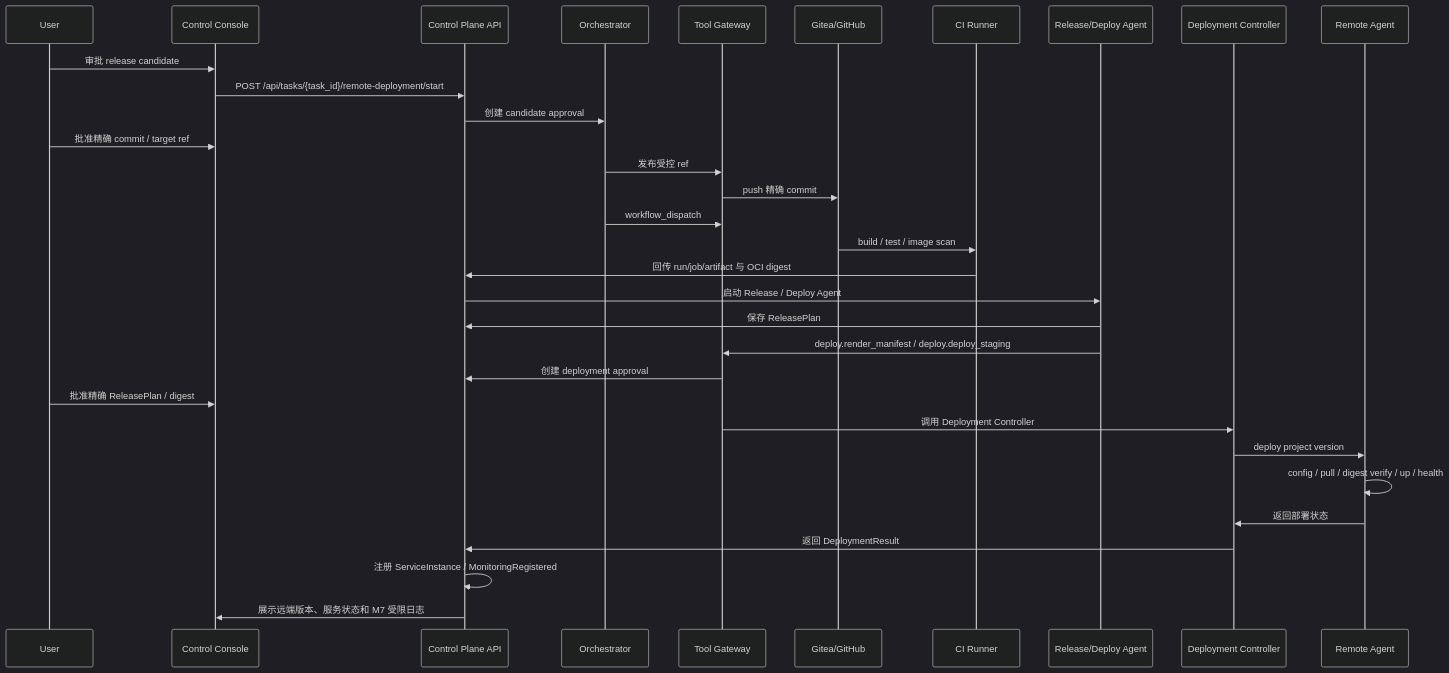
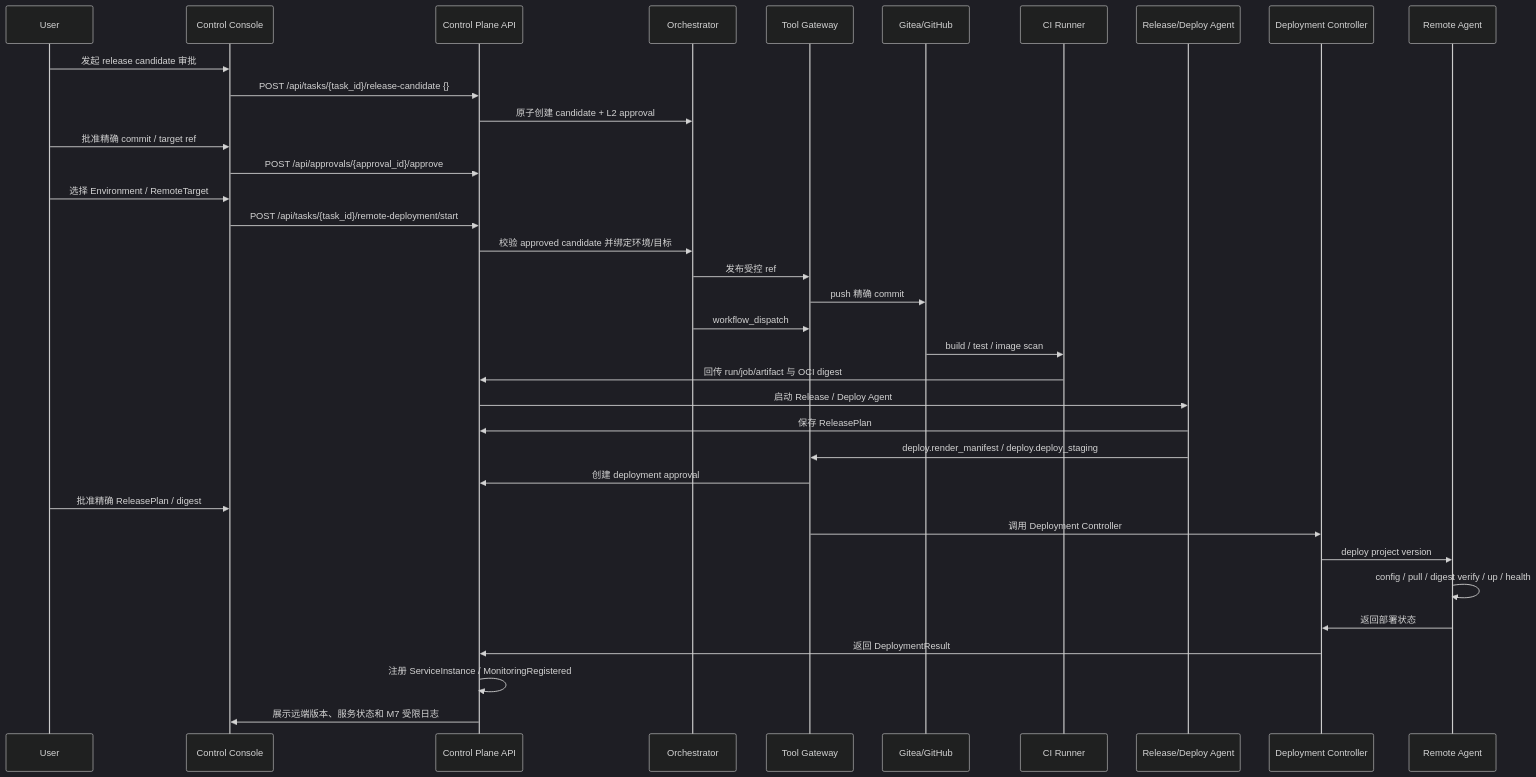
One commit to ChaceQC/CloudHelm changed the fourth of 4 diagrams in 云舵 CloudHelm 毕设设计书.md. Above: the diagram before and after it, drawn with Mermaid (dark theme). The commit also changed other lines of this file and 20 other files, not shown here.

````diff
--- a/云舵 CloudHelm 毕设设计书.md
+++ b/云舵 CloudHelm 毕设设计书.md
@@ -1237,35 +1237,39 @@
 ```mermaid
 sequenceDiagram
     participant U as User
     participant C as Control Console
     participant API as Control Plane API
     participant O as Orchestrator
     participant T as Tool Gateway
     participant G as Gitea/GitHub
     participant CI as CI Runner
     participant RA as Release/Deploy Agent
     participant D as Deployment Controller
     participant R as Remote Agent
 
-    U->>C: 审批 release candidate
+    U->>C: 发起 release candidate 审批
+    C->>API: POST /api/tasks/{task_id}/release-candidate {}
+    API->>O: 原子创建 candidate + L2 approval
+    U->>C: 批准精确 commit / target ref
+    C->>API: POST /api/approvals/{approval_id}/approve
+    U->>C: 选择 Environment / RemoteTarget
     C->>API: POST /api/tasks/{task_id}/remote-deployment/start
-    API->>O: 创建 candidate approval
-    U->>C: 批准精确 commit / target ref
+    API->>O: 校验 approved candidate 并绑定环境/目标
     O->>T: 发布受控 ref
     T->>G: push 精确 commit
     O->>T: workflow_dispatch
     G->>CI: build / test / image scan
     CI->>API: 回传 run/job/artifact 与 OCI digest
     API->>RA: 启动 Release / Deploy Agent
     RA->>API: 保存 ReleasePlan
     RA->>T: deploy.render_manifest / deploy.deploy_staging
     T->>API: 创建 deployment approval
     U->>C: 批准精确 ReleasePlan / digest
     T->>D: 调用 Deployment Controller
     D->>R: deploy project version
     R->>R: config / pull / digest verify / up / health
     R->>D: 返回部署状态
     D->>API: 返回 DeploymentResult
     API->>API: 注册 ServiceInstance / MonitoringRegistered
     API->>C: 展示远端版本、服务状态和 M7 受限日志
 ```
````
